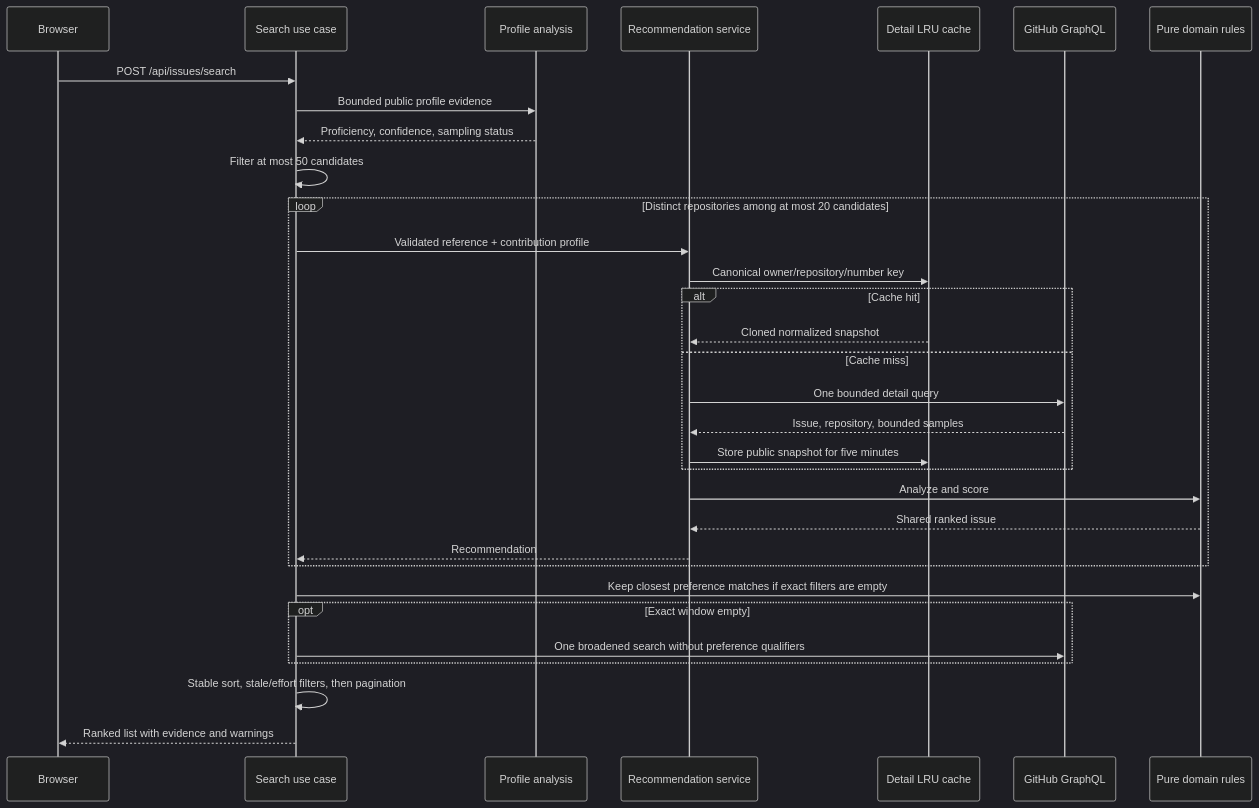
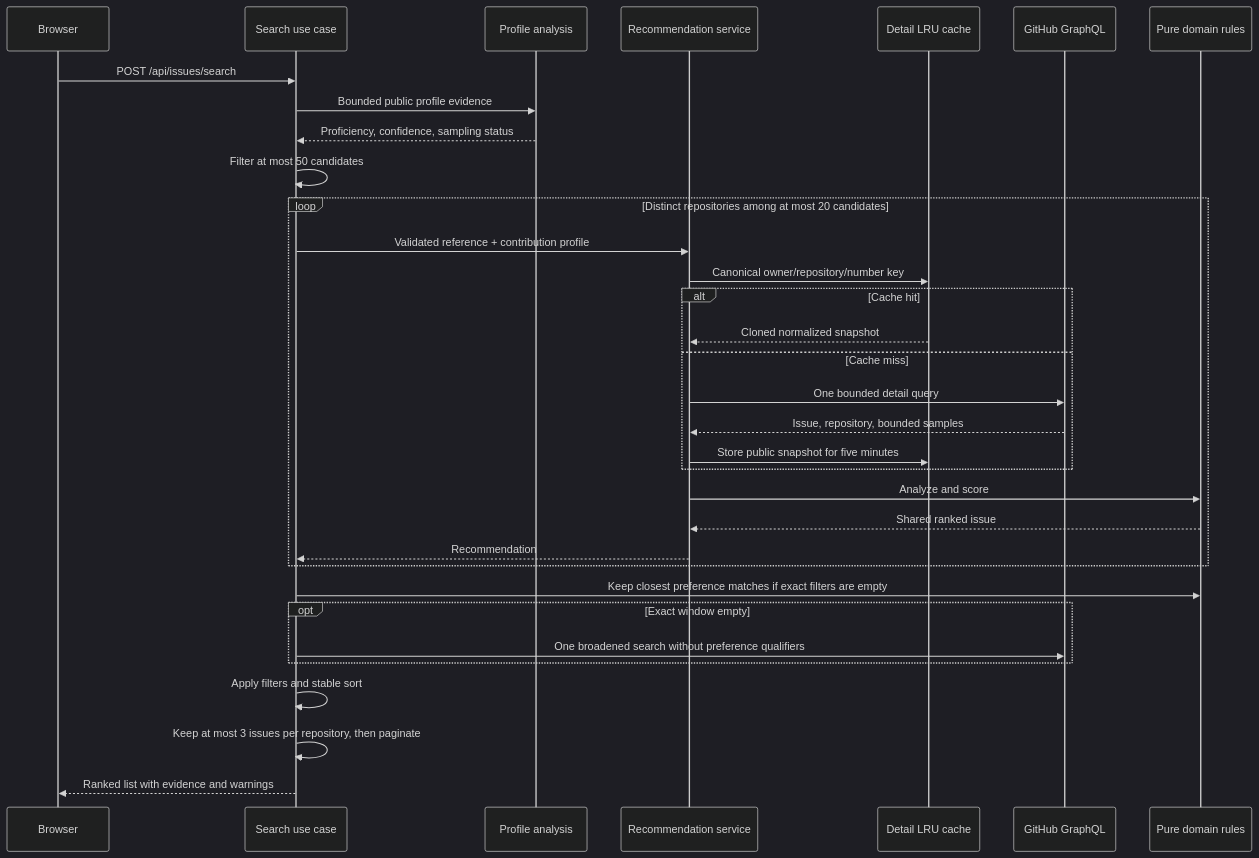
One commit to tensho1026/github-oss-search changed the diagram in docs/issue-recommendations.md. Above: the diagram before and after it, drawn with Mermaid (dark theme). The commit also changed other lines of this file and 3 other files, not shown here.

Commit message:
fix: diversify issue search results by repository

````diff
--- a/docs/issue-recommendations.md
+++ b/docs/issue-recommendations.md
@@ -10,35 +10,36 @@
 ```mermaid
 sequenceDiagram
     participant Browser
     participant Search as Search use case
     participant Profile as Profile analysis
     participant Detail as Recommendation service
     participant Cache as Detail LRU cache
     participant GitHub as GitHub GraphQL
     participant Rules as Pure domain rules
 
     Browser->>Search: POST /api/issues/search
     Search->>Profile: Bounded public profile evidence
     Profile-->>Search: Proficiency, confidence, sampling status
     Search->>Search: Filter at most 50 candidates
     loop Distinct repositories among at most 20 candidates
         Search->>Detail: Validated reference + contribution profile
         Detail->>Cache: Canonical owner/repository/number key
         alt Cache hit
             Cache-->>Detail: Cloned normalized snapshot
         else Cache miss
             Detail->>GitHub: One bounded detail query
             GitHub-->>Detail: Issue, repository, bounded samples
             Detail->>Cache: Store public snapshot for five minutes
         end
         Detail->>Rules: Analyze and score
         Rules-->>Detail: Shared ranked issue
         Detail-->>Search: Recommendation
     end
     Search->>Rules: Keep closest preference matches if exact filters are empty
     opt Exact window empty
         Search->>GitHub: One broadened search without preference qualifiers
     end
-    Search->>Search: Stable sort, stale/effort filters, then pagination
+    Search->>Search: Apply filters and stable sort
+    Search->>Search: Keep at most 3 issues per repository, then paginate
     Search-->>Browser: Ranked list with evidence and warnings
 ```
````
